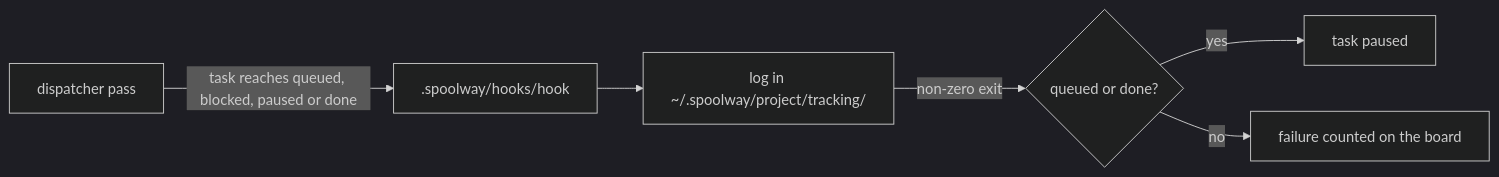
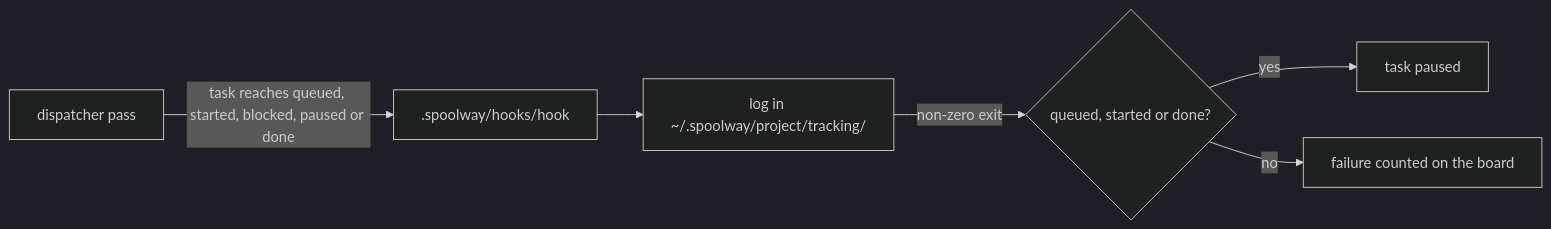
Before and after one commit to marvingygas/spoolway: the first of 2 diagrams in docs/configuration.md, drawn with Mermaid (dark theme). The commit also changed other lines of this file and 17 other files, not shown here.

Commit message:
feat(tracking): add the started and check hook events

````diff
--- a/docs/configuration.md
+++ b/docs/configuration.md
@@ -253,8 +255,8 @@
 ```mermaid
 flowchart LR
-  A[dispatcher pass] -->|task reaches queued, blocked, paused or done| B[.spoolway/hooks/hook]
+  A[dispatcher pass] -->|task reaches queued, started, blocked, paused or done| B[.spoolway/hooks/hook]
   B --> C[log in ~/.spoolway/project/tracking/]
-  C -->|non-zero exit| D{queued or done?}
+  C -->|non-zero exit| D{queued, started or done?}
   D -->|yes| E[task paused]
   D -->|no| F[failure counted on the board]
 ```
````
